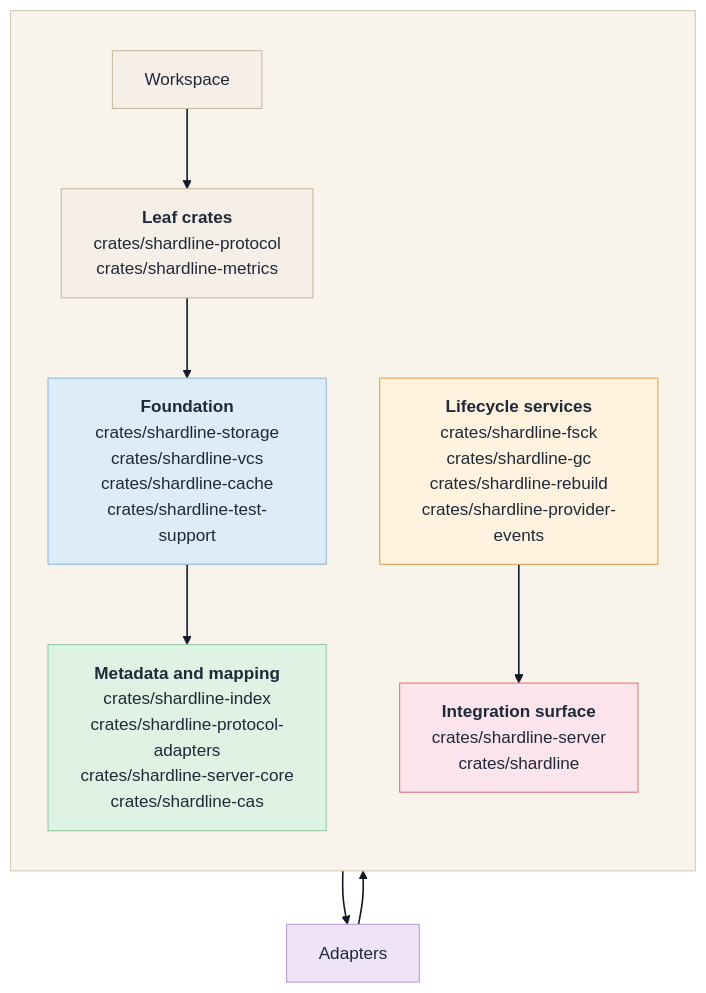
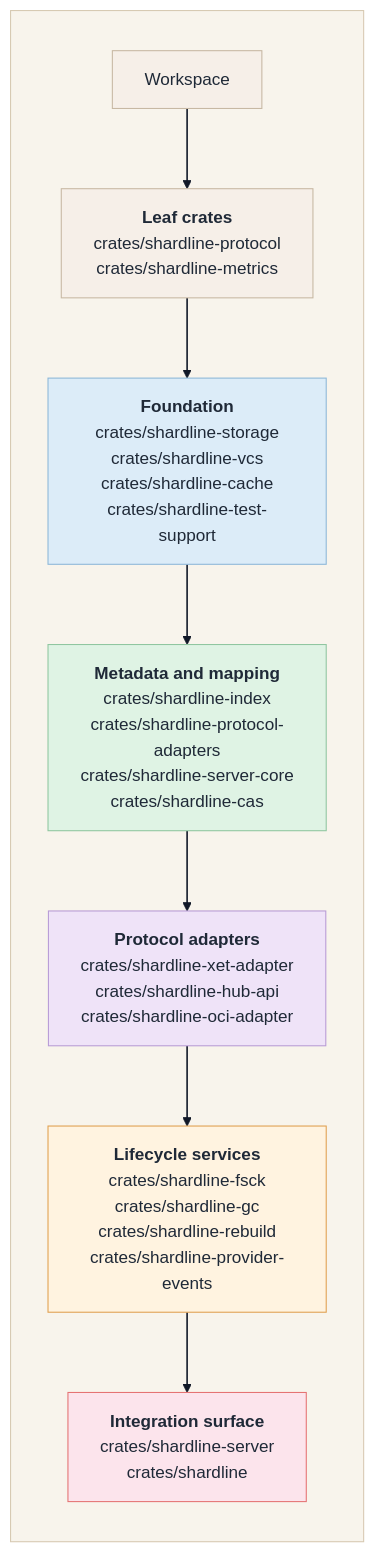
One commit to STEXS-Technologies/shardline changed the fourth of 4 diagrams in docs/ARCHITECTURE.md. Above: the diagram before and after it, drawn with Mermaid. The commit also changed other lines of this file and 3 other files, not shown here.

````diff
--- a/docs/ARCHITECTURE.md
+++ b/docs/ARCHITECTURE.md
@@ -210,36 +210,37 @@
 ```mermaid
 flowchart TD
   subgraph Canvas[ ]
     direction TD
     Workspace[Workspace]
     Leaf["<b>Leaf crates</b><br/>crates/shardline-protocol<br/>crates/shardline-metrics"]
     Foundation["<b>Foundation</b><br/>crates/shardline-storage<br/>crates/shardline-vcs<br/>crates/shardline-cache<br/>crates/shardline-test-support"]
     Middle["<b>Metadata and mapping</b><br/>crates/shardline-index<br/>crates/shardline-protocol-adapters<br/>crates/shardline-server-core<br/>crates/shardline-cas"]
+    Adapters["<b>Protocol adapters</b><br/>crates/shardline-xet-adapter<br/>crates/shardline-hub-api<br/>crates/shardline-oci-adapter"]
     Lifecycle["<b>Lifecycle services</b><br/>crates/shardline-fsck<br/>crates/shardline-gc<br/>crates/shardline-rebuild<br/>crates/shardline-provider-events"]
     Integration["<b>Integration surface</b><br/>crates/shardline-server<br/>crates/shardline"]
   end
 
   Workspace --> Leaf
   Leaf --> Foundation
   Foundation --> Middle
   Middle --> Adapters
   Adapters --> Lifecycle
   Lifecycle --> Integration
 
   classDef root fill:#f6efe8,stroke:#c7b8a3,color:#1f2937;
   classDef leaf fill:#f6efe8,stroke:#c7b8a3,color:#1f2937;
   classDef foundation fill:#dcecf8,stroke:#8db7d8,color:#1f2937;
   classDef middle fill:#dff3e4,stroke:#90c6a0,color:#1f2937;
   classDef adapter fill:#efe3f8,stroke:#b89bd6,color:#1f2937;
   classDef lifecycle fill:#fff3e0,stroke:#e0a050,color:#1f2937;
   classDef integration fill:#fce4ec,stroke:#e57373,color:#1f2937;
   style Canvas fill:#f8f4ec,stroke:#d7c9b2,color:#1f2937;
   class Workspace root;
   class Leaf leaf;
   class Foundation foundation;
   class Middle middle;
   class Adapters adapter;
   class Lifecycle lifecycle;
   class Integration integration;
   linkStyle default stroke:#111827,stroke-width:1.5px;
 ```
````
